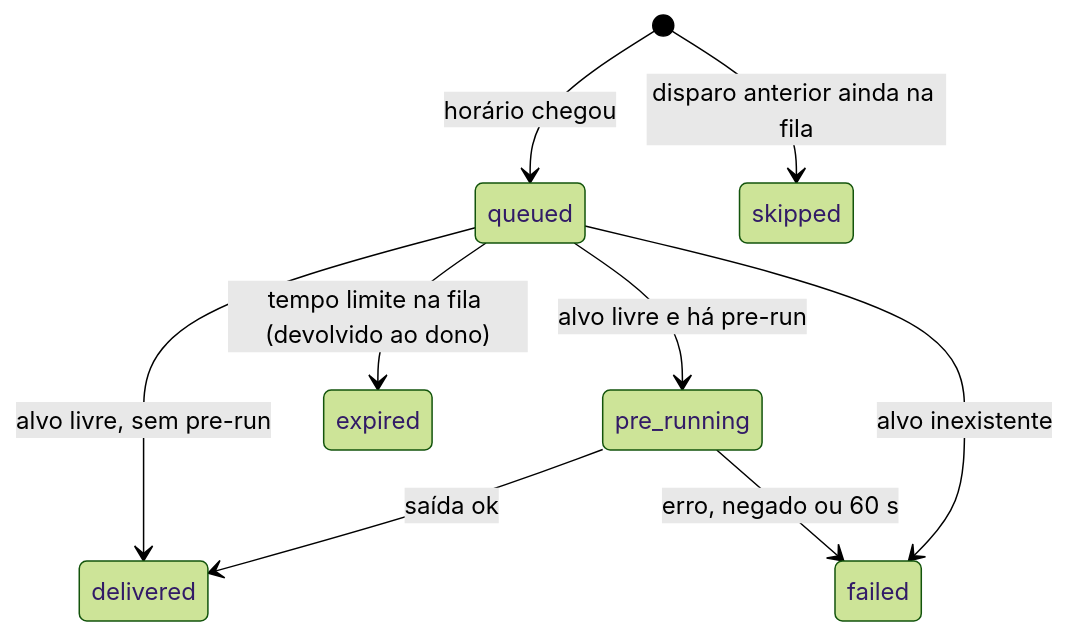
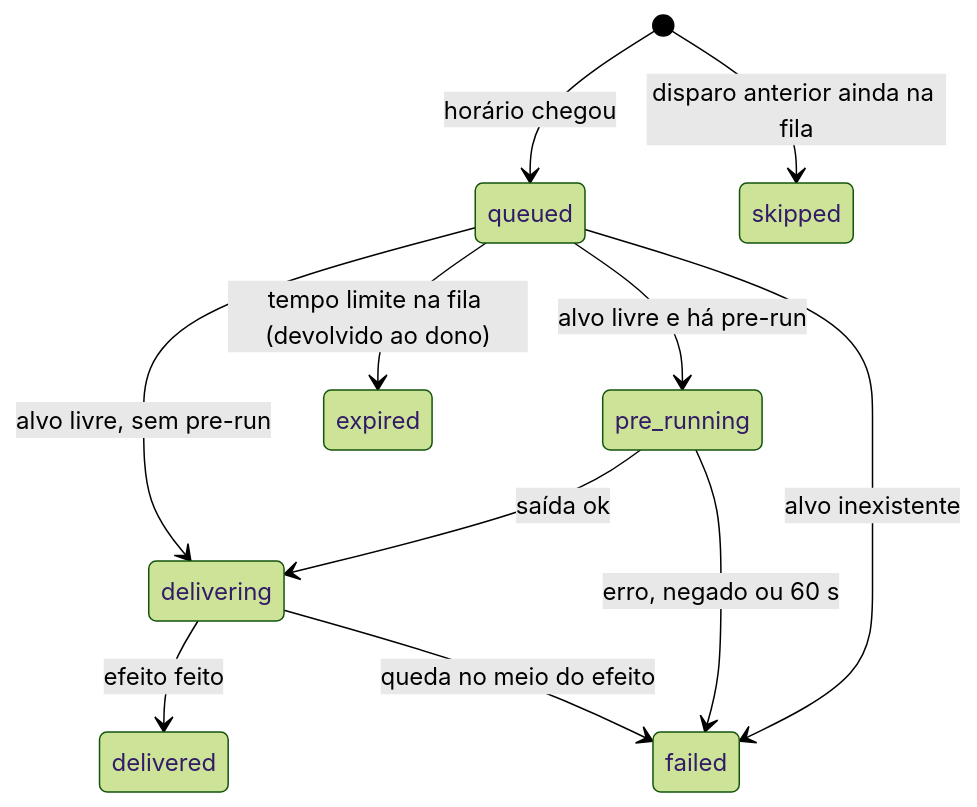
One commit to lucasndas/mestre changed the diagram in docs/orquestracao/rituais.md. Above: the diagram before and after it, drawn with Mermaid (forest theme). The commit also changed other lines of this file and 52 other files, not shown here.

````diff
--- a/docs/orquestracao/rituais.md
+++ b/docs/orquestracao/rituais.md
@@ -52,11 +53,13 @@
 ```mermaid
 stateDiagram-v2
     [*] --> queued : horário chegou
     [*] --> skipped : disparo anterior ainda na fila
     queued --> pre_running : alvo livre e há pre-run
-    queued --> delivered : alvo livre, sem pre-run
-    pre_running --> delivered : saída ok
+    queued --> delivering : alvo livre, sem pre-run
+    pre_running --> delivering : saída ok
+    delivering --> delivered : efeito feito
+    delivering --> failed : queda no meio do efeito
     pre_running --> failed : erro, negado ou 60 s
     queued --> expired : tempo limite na fila (devolvido ao dono)
     queued --> failed : alvo inexistente
 ```
````
